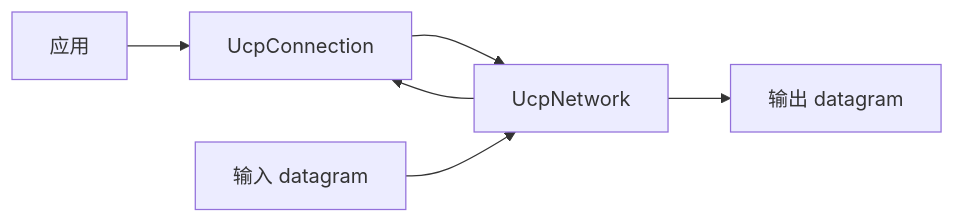
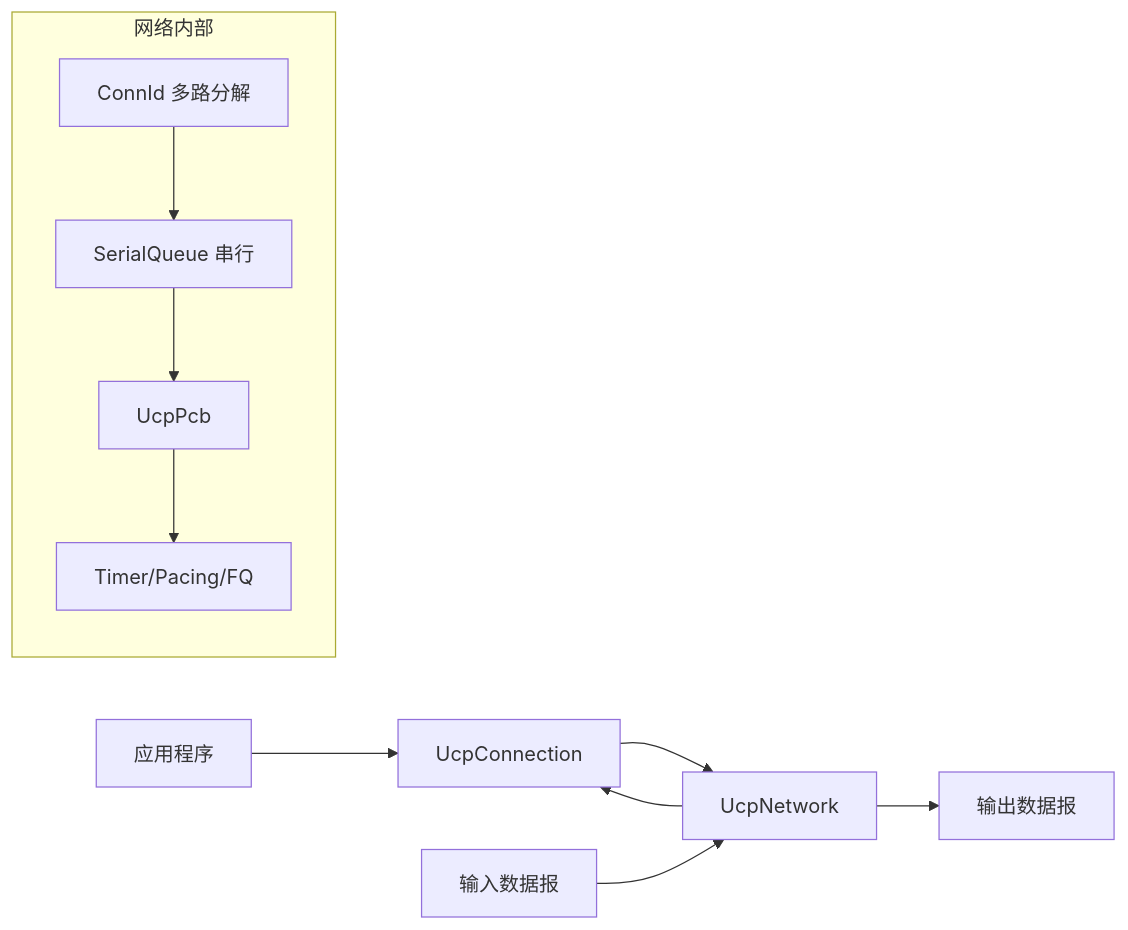
One commit to liulilittle/ucp changed the third of 3 diagrams in docs/api_CN.md. Above: the diagram before and after it, drawn with Mermaid. The commit also changed other lines of this file and 17 other files, not shown here.

````diff
--- a/docs/api_CN.md
+++ b/docs/api_CN.md
@@ -134,8 +196,15 @@
 ```mermaid
 flowchart LR
-    App[应用] --> Conn[UcpConnection]
+    App[应用程序] --> Conn[UcpConnection]
     Conn --> Network[UcpNetwork]
-    Network --> Output[输出 datagram]
-    Input[输入 datagram] --> Network
+    Network --> Output[输出数据报]
+    Input[输入数据报] --> Network
     Network --> Conn
+
+    subgraph Network Internals[网络内部]
+        direction TB
+        Demux[ConnId 多路分解] --> Strand[SerialQueue 串行]
+        Strand --> Pcb[UcpPcb]
+        Pcb --> Timer[Timer/Pacing/FQ]
+    end
 ```
````
